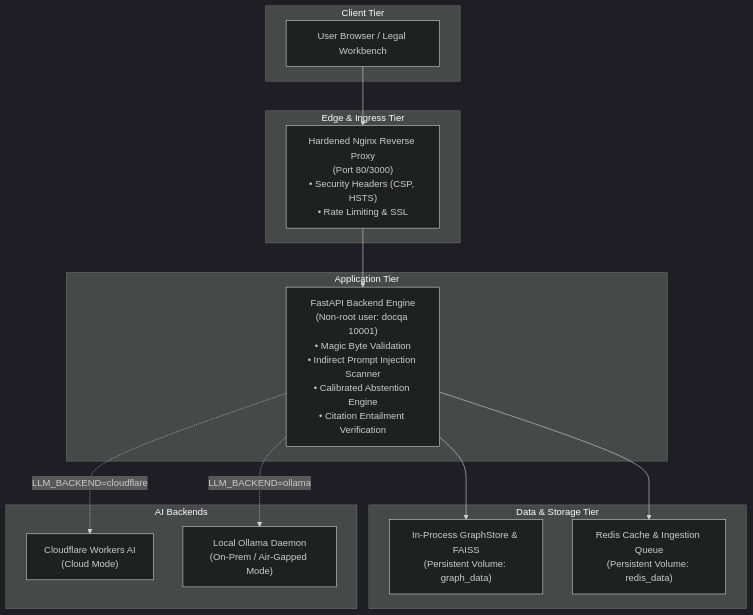
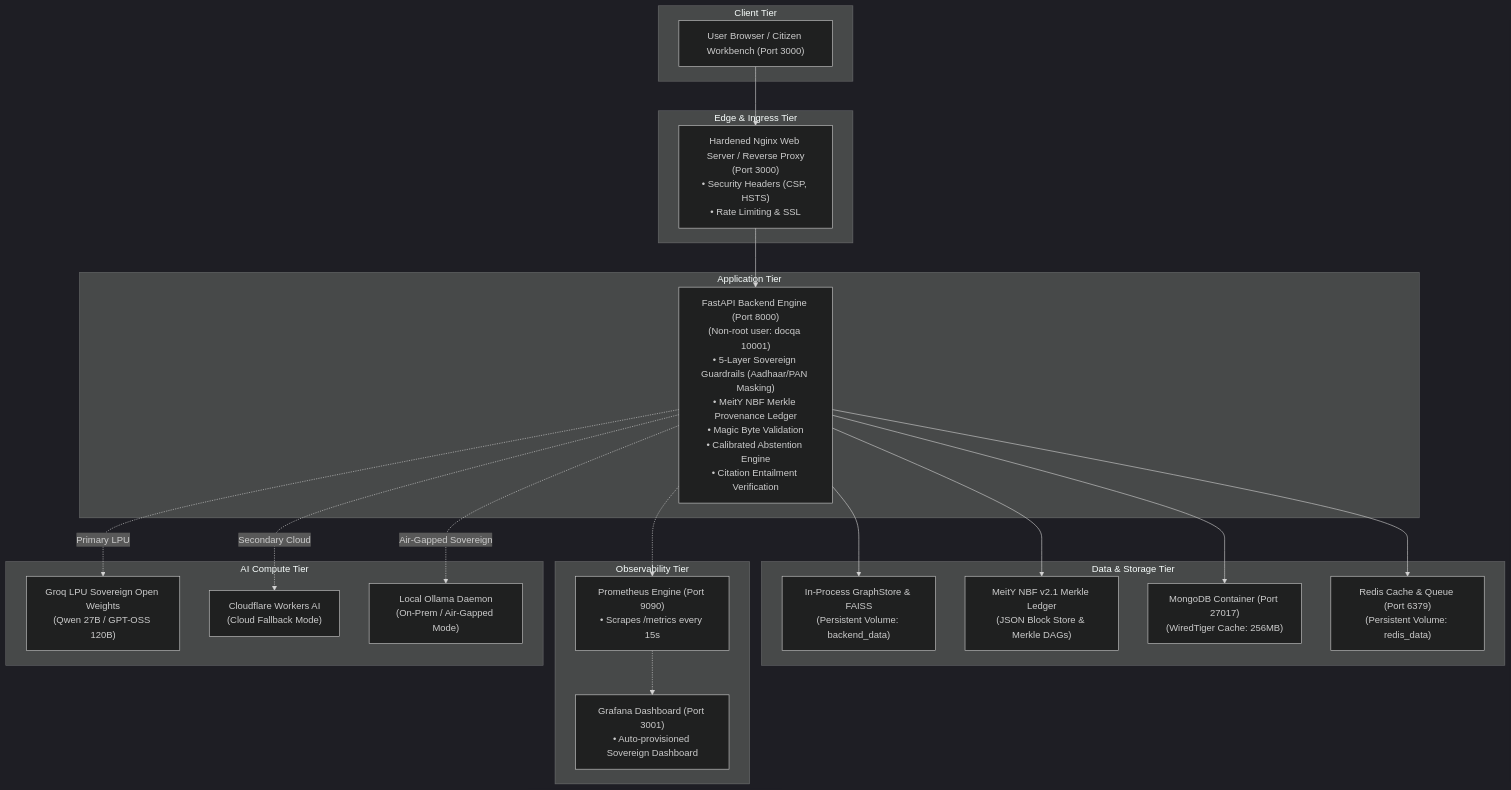
One commit to shoyo44/JanSetu-AI changed the diagram in DEVOPS_DEVSECOPS_GUIDE.md. Above: the diagram before and after it, drawn with Mermaid (dark theme). The commit also changed other lines of this file and 7 other files, not shown here.

Commit message:
docs: comprehensively update system architecture, proposal, synopsis, devsecops, and benchmarks with MeitY NBF v2.1 blockchain ledger, 5-layer guardrails, and indic evaluation

````diff
--- a/DEVOPS_DEVSECOPS_GUIDE.md
+++ b/DEVOPS_DEVSECOPS_GUIDE.md
@@ -11,31 +11,44 @@
 ```mermaid
 flowchart TD
     subgraph Client Tier
-        Browser["User Browser / Legal Workbench"]
+        Browser["User Browser / Citizen Workbench (Port 3000)"]
     end
 
     subgraph Edge & Ingress Tier
-        Nginx["Hardened Nginx Reverse Proxy\n(Port 80/3000)\n• Security Headers (CSP, HSTS)\n• Rate Limiting & SSL"]
+        Nginx["Hardened Nginx Web Server / Reverse Proxy\n(Port 3000)\n• Security Headers (CSP, HSTS)\n• Rate Limiting & SSL"]
     end
 
     subgraph Application Tier
-        API["FastAPI Backend Engine\n(Non-root user: docqa 10001)\n• Magic Byte Validation\n• Indirect Prompt Injection Scanner\n• Calibrated Abstention Engine\n• Citation Entailment Verification"]
+        API["FastAPI Backend Engine (Port 8000)\n(Non-root user: docqa 10001)\n• 5-Layer Sovereign Guardrails (Aadhaar/PAN Masking)\n• MeitY NBF Merkle Provenance Ledger\n• Magic Byte Validation\n• Calibrated Abstention Engine\n• Citation Entailment Verification"]
     end
 
     subgraph Data & Storage Tier
-        Graph["In-Process GraphStore & FAISS\n(Persistent Volume: graph_data)"]
-        Redis["Redis Cache & Ingestion Queue\n(Persistent Volume: redis_data)"]
+        Graph["In-Process GraphStore & FAISS\n(Persistent Volume: backend_data)"]
+        Ledger["MeitY NBF v2.1 Merkle Ledger\n(JSON Block Store & Merkle DAGs)"]
+        Mongo["MongoDB Container (Port 27017)\n(WiredTiger Cache: 256MB)"]
+        Redis["Redis Cache & Queue (Port 6379)\n(Persistent Volume: redis_data)"]
     end
 
-    subgraph AI Backends
-        Cloudflare["Cloudflare Workers AI\n(Cloud Mode)"]
+    subgraph Observability Tier
+        Prom["Prometheus Engine (Port 9090)\n• Scrapes /metrics every 15s"]
+        Graf["Grafana Dashboard (Port 3001)\n• Auto-provisioned Sovereign Dashboard"]
+    end
+
+    subgraph AI Compute Tier
+        Groq["Groq LPU Sovereign Open Weights\n(Qwen 27B / GPT-OSS 120B)"]
+        Cloudflare["Cloudflare Workers AI\n(Cloud Fallback Mode)"]
         Ollama["Local Ollama Daemon\n(On-Prem / Air-Gapped Mode)"]
     end
 
     Browser --> Nginx
     Nginx --> API
     API --> Graph
+    API --> Ledger
+    API --> Mongo
     API --> Redis
-    API -.->|LLM_BACKEND=cloudflare| Cloudflare
-    API -.->|LLM_BACKEND=ollama| Ollama
+    API -.-> Prom
+    Prom -.-> Graf
+    API -.->|Primary LPU| Groq
+    API -.->|Secondary Cloud| Cloudflare
+    API -.->|Air-Gapped Sovereign| Ollama
 ```
````
